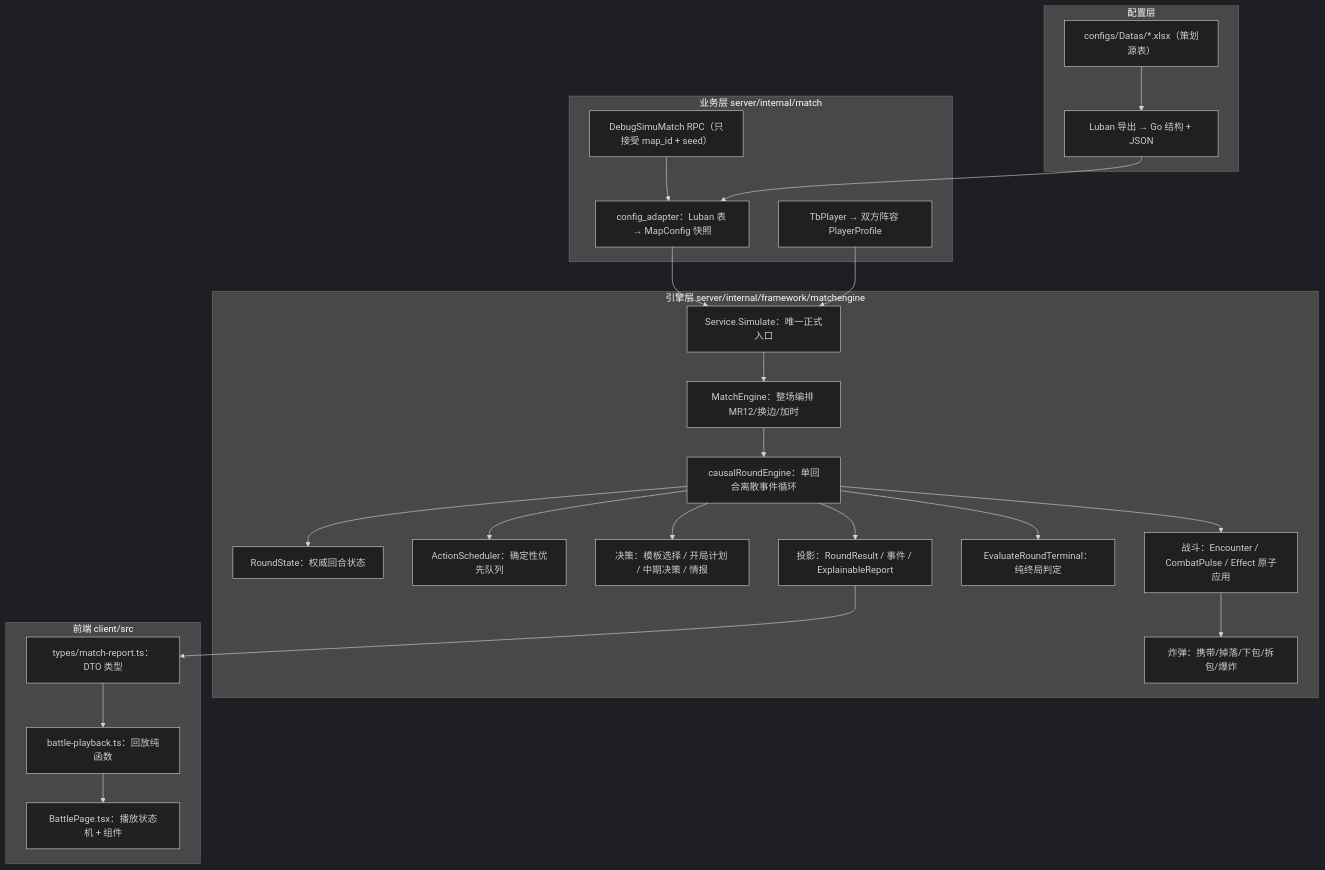
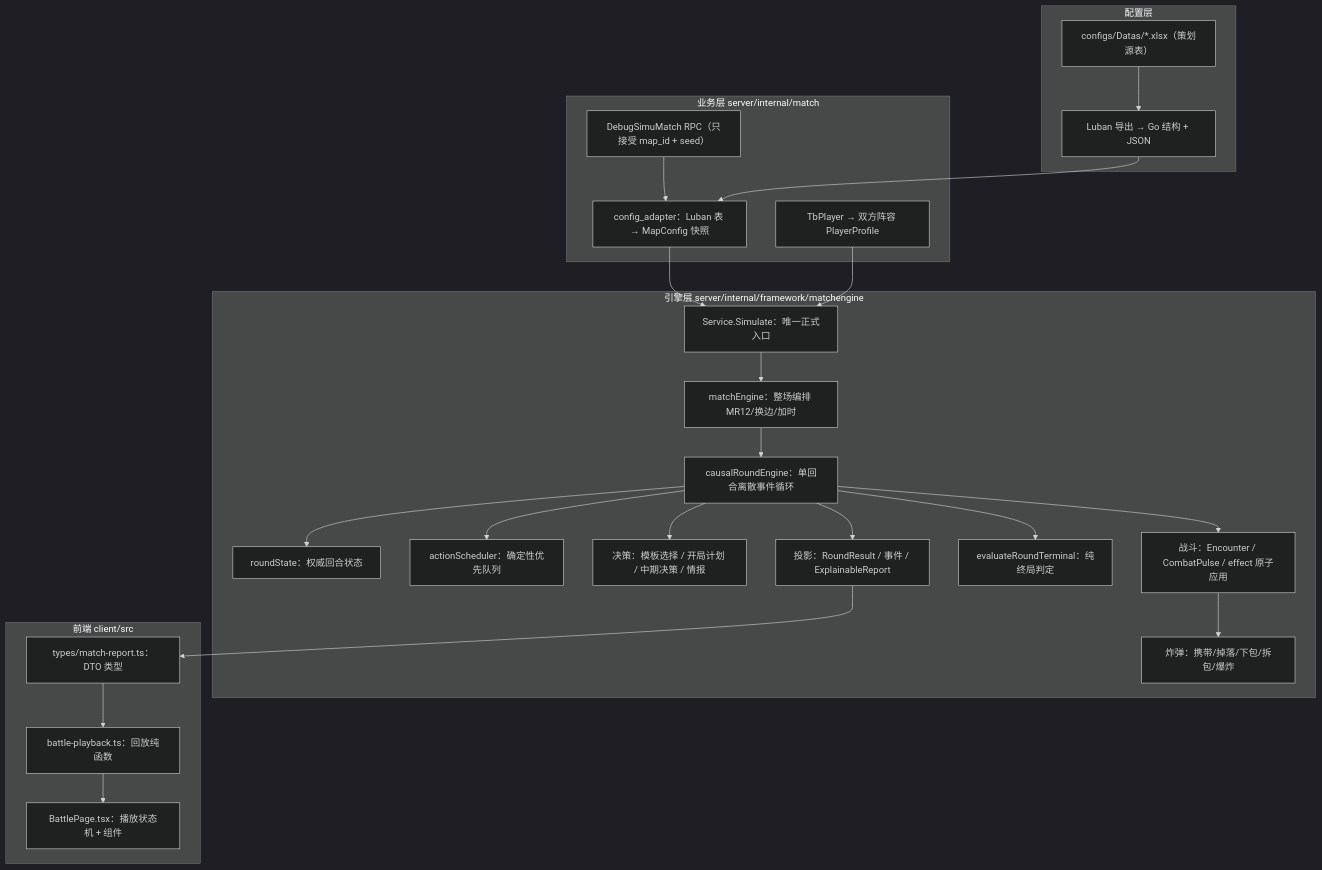
One commit to jonathanlin768/CS2Match-Nakama changed the diagram in doc/cs2match-tutorial/01-全景概览.md. Above: the diagram before and after it, drawn with Mermaid (dark theme). The commit also changed other lines of this file and 97 other files, not shown here.

Commit message:
refactor: clarify match engine boundaries and module RPC registration

````diff
--- a/doc/cs2match-tutorial/01-全景概览.md
+++ b/doc/cs2match-tutorial/01-全景概览.md
@@ -49,40 +49,40 @@
 ```mermaid
 flowchart TD
     subgraph 业务层["业务层 server/internal/match"]
         RPC["DebugSimuMatch RPC（只接受 map_id + seed）"]
         AD["config_adapter：Luban 表 → MapConfig 快照"]
         TEAM["TbPlayer → 双方阵容 PlayerProfile"]
     end
     subgraph 引擎层["引擎层 server/internal/framework/matchengine"]
         SVC["Service.Simulate：唯一正式入口"]
-        MATCH["MatchEngine：整场编排 MR12/换边/加时"]
+        MATCH["matchEngine：整场编排 MR12/换边/加时"]
         ROUND["causalRoundEngine：单回合离散事件循环"]
-        STATE["RoundState：权威回合状态"]
-        SCHED["ActionScheduler：确定性优先队列"]
+        STATE["roundState：权威回合状态"]
+        SCHED["actionScheduler：确定性优先队列"]
         AI["决策：模板选择 / 开局计划 / 中期决策 / 情报"]
-        COMBAT["战斗：Encounter / CombatPulse / Effect 原子应用"]
+        COMBAT["战斗：Encounter / CombatPulse / effect 原子应用"]
         BOMB["炸弹：携带/掉落/下包/拆包/爆炸"]
-        TERM["EvaluateRoundTerminal：纯终局判定"]
+        TERM["evaluateRoundTerminal：纯终局判定"]
         PROJ["投影：RoundResult / 事件 / ExplainableReport"]
     end
     subgraph 配置层["配置层"]
         XLSX["configs/Datas/*.xlsx（策划源表）"]
         LUBAN["Luban 导出 → Go 结构 + JSON"]
     end
     subgraph 前端["前端 client/src"]
         TYPES["types/match-report.ts：DTO 类型"]
         PLAYBACK["battle-playback.ts：回放纯函数"]
         PAGE["BattlePage.tsx：播放状态机 + 组件"]
     end
 
     RPC --> AD --> SVC
     TEAM --> SVC
     SVC --> MATCH --> ROUND
     ROUND --> STATE
     ROUND --> SCHED
     ROUND --> AI
     ROUND --> COMBAT --> BOMB
     ROUND --> TERM
     ROUND --> PROJ --> TYPES --> PLAYBACK --> PAGE
     XLSX --> LUBAN --> AD
 ```
````
